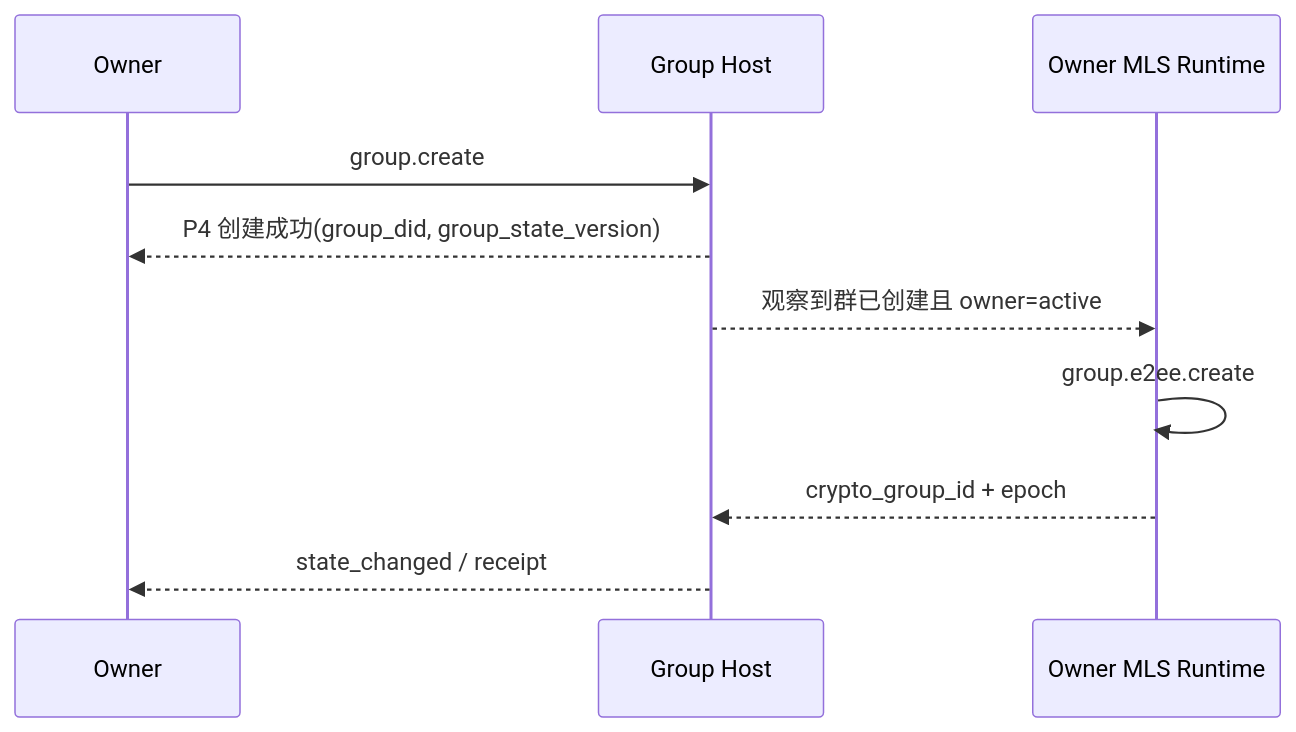
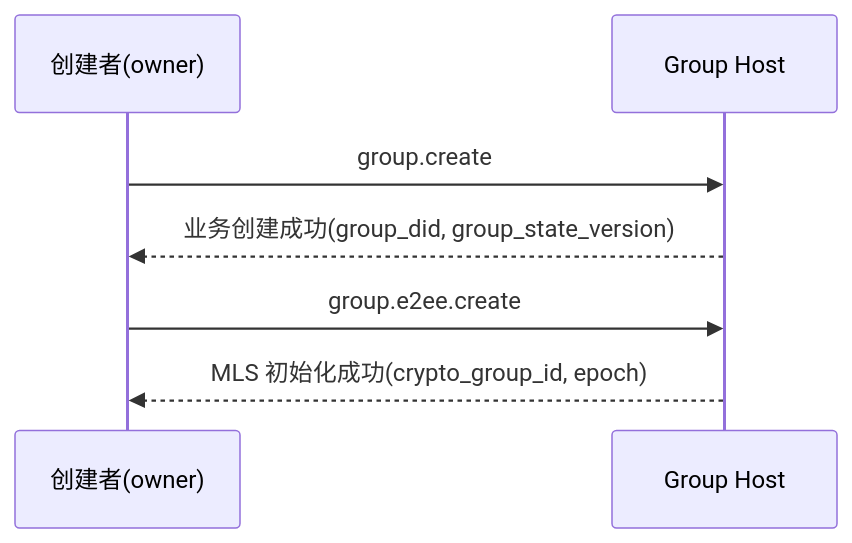
One commit to NeatNerdPrime/AgentNetworkProtocol changed the first of 5 diagrams in chinese/message/06-群组端到端加密.md. Above: the diagram before and after it, drawn with Mermaid. The commit also changed other lines of this file, not shown here.

Commit message:
update message group e2ee protocol

````diff
--- a/chinese/message/06-群组端到端加密.md
+++ b/chinese/message/06-群组端到端加密.md
@@ -960,13 +1152,10 @@
 ```mermaid
 sequenceDiagram
-    participant Owner as Owner
-    participant Host as Group Host
-    participant MLS as Owner MLS Runtime
+    participant C as 创建者(owner)
+    participant H as Group Host
 
-    Owner->>Host: group.create
-    Host-->>Owner: P4 创建成功(group_did, group_state_version)
-    Host-->>MLS: 观察到群已创建且 owner=active
-    MLS->>MLS: group.e2ee.create
-    MLS-->>Host: crypto_group_id + epoch
-    Host-->>Owner: state_changed / receipt
+    C->>H: group.create
+    H-->>C: 业务创建成功(group_did, group_state_version)
+    C->>H: group.e2ee.create
+    H-->>C: MLS 初始化成功(crypto_group_id, epoch)
 ```
````
